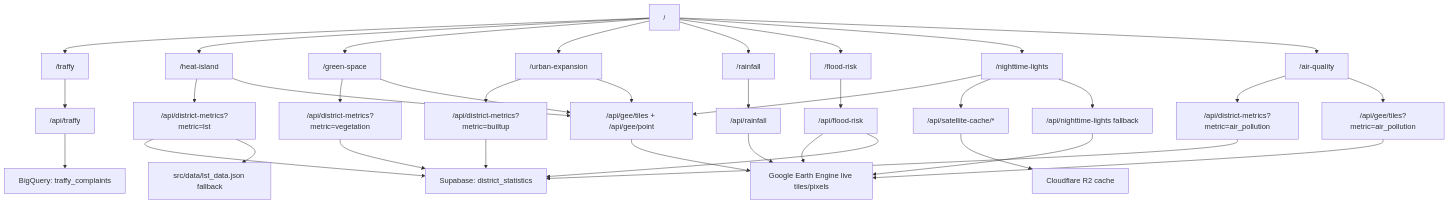
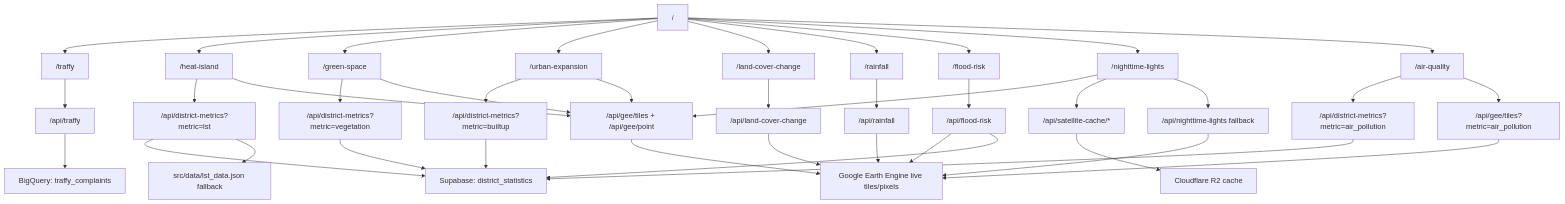
Before and after one commit to sorrawitsuk-cyber/bkkanalysis001: the first of 2 diagrams in docs/APP_WORKFLOW.md, drawn with Mermaid. The commit also changed other lines of this file and 10 other files, not shown here.

Commit message:
Add complete land cover change module

````diff
--- a/docs/APP_WORKFLOW.md
+++ b/docs/APP_WORKFLOW.md
@@ -7,44 +7,47 @@
 ```mermaid
 flowchart TD
   Home["/"] --> Traffy["/traffy"]
   Home --> Heat["/heat-island"]
   Home --> Green["/green-space"]
   Home --> BuiltUp["/urban-expansion"]
+  Home --> LandCover["/land-cover-change"]
   Home --> Rain["/rainfall"]
   Home --> Flood["/flood-risk"]
   Home --> Night["/nighttime-lights"]
   Home --> Air["/air-quality"]
 
   Traffy --> TraffyApi["/api/traffy"]
   TraffyApi --> BigQuery["BigQuery: traffy_complaints"]
 
   Heat --> DistrictMetrics["/api/district-metrics?metric=lst"]
   Green --> DistrictMetricsVegetation["/api/district-metrics?metric=vegetation"]
   BuiltUp --> DistrictMetricsBuiltUp["/api/district-metrics?metric=builtup"]
   DistrictMetrics --> SupabaseStats["Supabase: district_statistics"]
   DistrictMetricsVegetation --> SupabaseStats
   DistrictMetricsBuiltUp --> SupabaseStats
   DistrictMetrics --> LocalFallback["src/data/lst_data.json fallback"]
 
   Heat --> GeeTiles["/api/gee/tiles + /api/gee/point"]
   Green --> GeeTiles
   BuiltUp --> GeeTiles
+  LandCover --> LandCoverApi["/api/land-cover-change"]
+  LandCoverApi --> GEE
   Rain --> RainApi["/api/rainfall"]
   RainApi --> GEE
   Night --> GeeTiles
   GeeTiles --> GEE["Google Earth Engine live tiles/pixels"]
 
   Flood --> FloodApi["/api/flood-risk"]
   FloodApi --> GEE
   FloodApi --> SupabaseStats
 
   Night --> CacheProxy["/api/satellite-cache/*"]
   CacheProxy --> R2["Cloudflare R2 cache"]
   Night --> NightApi["/api/nighttime-lights fallback"]
   NightApi --> GEE
 
   Air --> AirMetrics["/api/district-metrics?metric=air_pollution"]
   AirMetrics --> SupabaseStats
   Air --> AirTiles["/api/gee/tiles?metric=air_pollution"]
   AirTiles --> GEE
 ```
````
